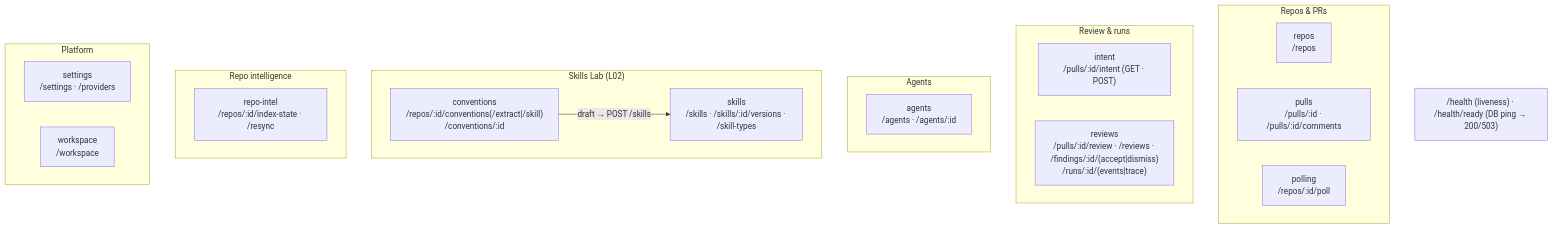
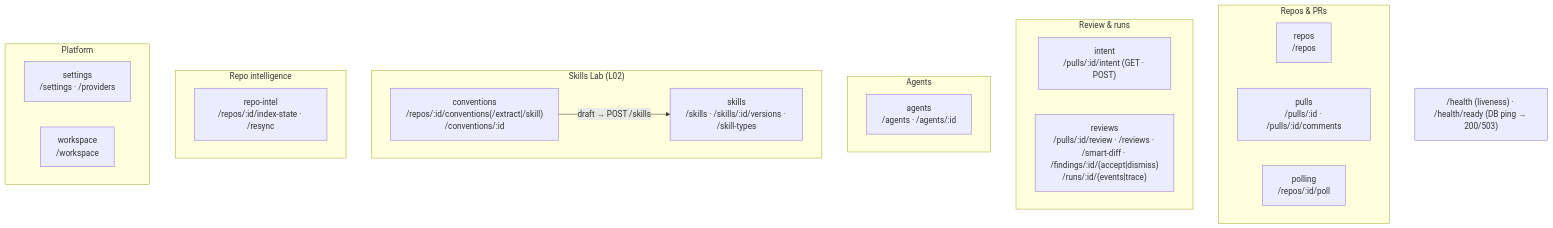
One commit to kosyakovr/dev-digest changed the second of 2 diagrams in server/README.md. Above: the diagram before and after it, drawn with Mermaid. The commit also changed 45 other files, not shown here.

First line of the commit message:
feature: L03 Smart Diff — role-grouped files and inline findings

````diff
--- a/server/README.md
+++ b/server/README.md
@@ -65,28 +65,28 @@
 ```mermaid
 flowchart TB
   subgraph Repos_PRs["Repos & PRs"]
     repos["repos<br/>/repos"]
     pulls["pulls<br/>/pulls/:id · /pulls/:id/comments"]
     polling["polling<br/>/repos/:id/poll"]
   end
   subgraph Review["Review & runs"]
     intent["intent<br/>/pulls/:id/intent (GET · POST)"]
-    reviews["reviews<br/>/pulls/:id/review · /reviews · /findings/:id/(accept|dismiss)<br/>/runs/:id/(events|trace)"]
+    reviews["reviews<br/>/pulls/:id/review · /reviews · /smart-diff · /findings/:id/(accept|dismiss)<br/>/runs/:id/(events|trace)"]
   end
   subgraph Agents["Agents"]
     agents["agents<br/>/agents · /agents/:id"]
   end
   subgraph SkillsLab["Skills Lab (L02)"]
     skills["skills<br/>/skills · /skills/:id/versions · /skill-types"]
     conventions["conventions<br/>/repos/:id/conventions(/extract|/skill)<br/>/conventions/:id"]
     conventions -->|"draft → POST /skills"| skills
   end
   subgraph Intel["Repo intelligence"]
     repoIntel["repo-intel<br/>/repos/:id/index-state · /resync"]
   end
   subgraph Platform["Platform"]
     settings["settings<br/>/settings · /providers"]
     workspace["workspace<br/>/workspace"]
   end
   HEALTH["/health (liveness) · /health/ready (DB ping → 200/503)"]
 ```
````
